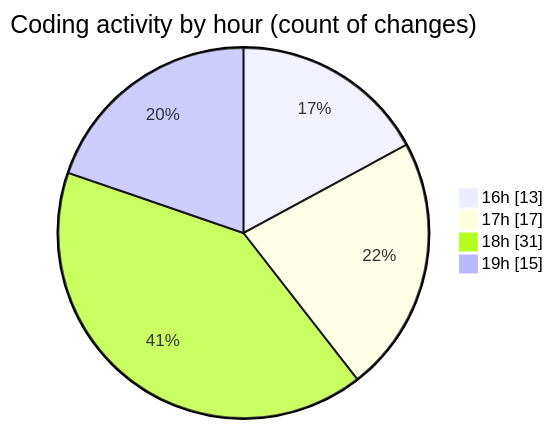
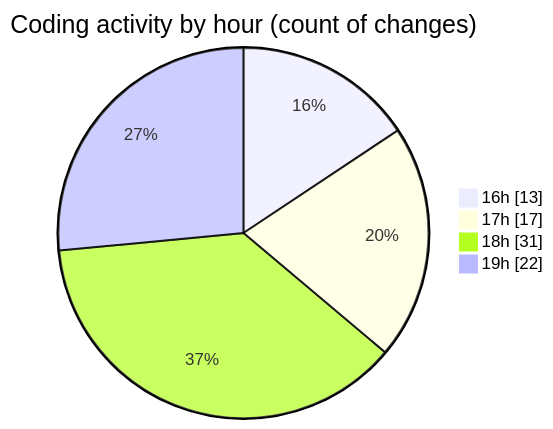
One commit to idhammustaqopulfikri/code-tracking changed the second of 2 diagrams in 2025-05-28/studio-backend/README.md. Above: the diagram before and after it, drawn with Mermaid. The commit also changed other lines of this file and 1 other file, not shown here.

````diff
--- a/2025-05-28/studio-backend/README.md
+++ b/2025-05-28/studio-backend/README.md
@@ -48,8 +49,8 @@
 ```mermaid
 pie showData
 title Coding activity by hour (count of changes)
 "16h" : 13
 "17h" : 17
 "18h" : 31
-"19h" : 15
+"19h" : 22
 ```
````
